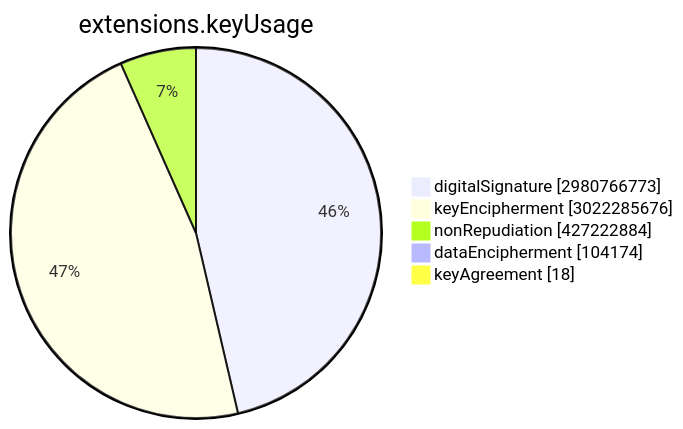
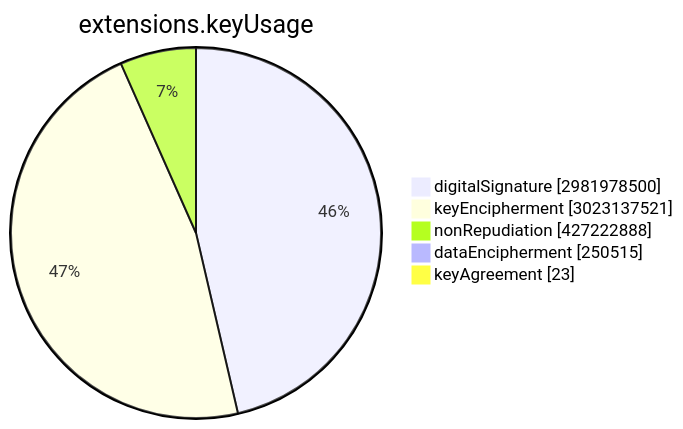
One commit to christiankrug/ctmonitor_visualization changed the sixth of 15 diagrams in TOTAL/README.md. Above: the diagram before and after it, drawn with Mermaid. The commit also changed other lines of this file, not shown here.

````diff
--- a/TOTAL/README.md
+++ b/TOTAL/README.md
@@ -3067,9 +3067,9 @@
 ```mermaid
 pie showData
 title extensions.keyUsage
-"digitalSignature" :2980766773
-"keyEncipherment" :3022285676
-"nonRepudiation" :427222884
-"dataEncipherment" :104174
-"keyAgreement" :18
+"digitalSignature" :2981978500
+"keyEncipherment" :3023137521
+"nonRepudiation" :427222888
+"dataEncipherment" :250515
+"keyAgreement" :23
 ```
````
